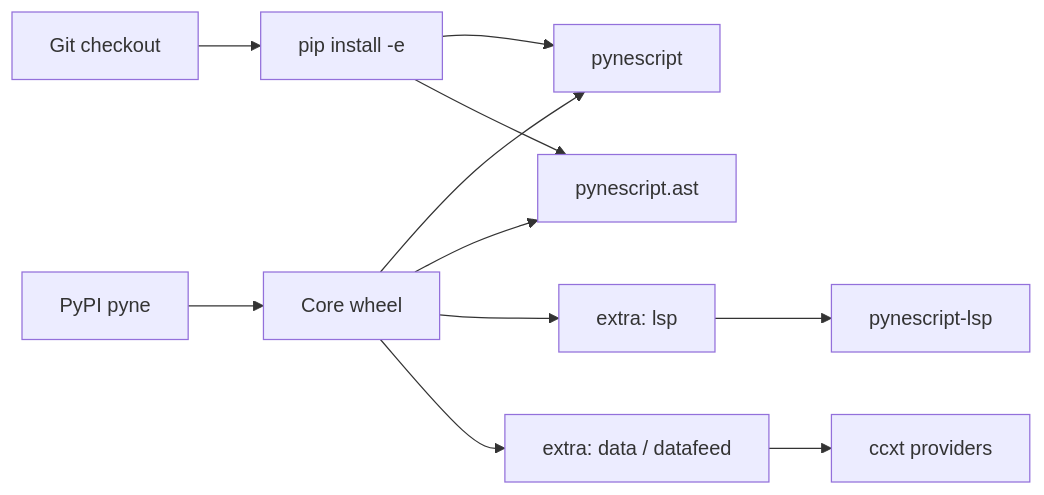
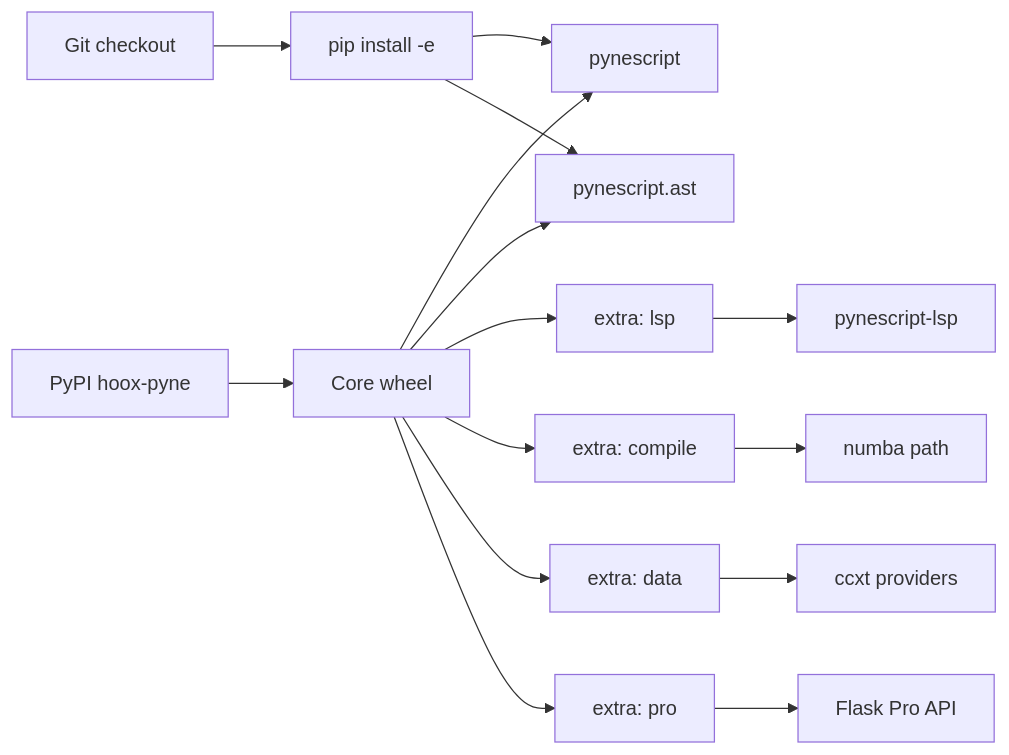
Before and after one commit to hoox-sh/pyne: the diagram in docs/pyne/enduser/getting-started/installation.mdx, drawn with Mermaid. The commit also changed other lines of this file and 9 other files, not shown here.

First line of the commit message:
docs: point install surface at live hoox-pyne 0.3.0 on PyPI

````diff
--- a/docs/pyne/enduser/getting-started/installation.mdx
+++ b/docs/pyne/enduser/getting-started/installation.mdx
@@ -35,13 +46,17 @@
 ```mermaid
 flowchart LR
-  PYPI[PyPI pyne] --> CORE[Core wheel]
+  PYPI["PyPI hoox-pyne"] --> CORE[Core wheel]
   GIT[Git checkout] --> EDIT[pip install -e]
   CORE --> CLI[pynescript]
   CORE --> LIB[pynescript.ast]
   EDIT --> CLI
   EDIT --> LIB
   EXTRA_LSP["extra: lsp"] --> LSP[pynescript-lsp]
-  EXTRA_DATA["extra: data / datafeed"] --> CCXT[ccxt providers]
+  EXTRA_COMPILE["extra: compile"] --> NUMBA[numba path]
+  EXTRA_DATA["extra: data"] --> CCXT[ccxt providers]
+  EXTRA_PRO["extra: pro"] --> API[Flask Pro API]
   CORE --> EXTRA_LSP
+  CORE --> EXTRA_COMPILE
   CORE --> EXTRA_DATA
+  CORE --> EXTRA_PRO
 ```
````
